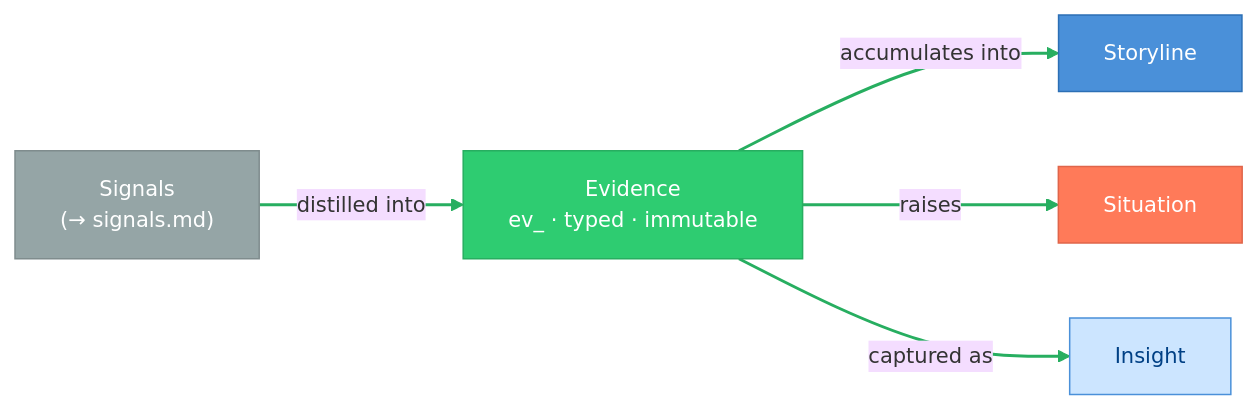
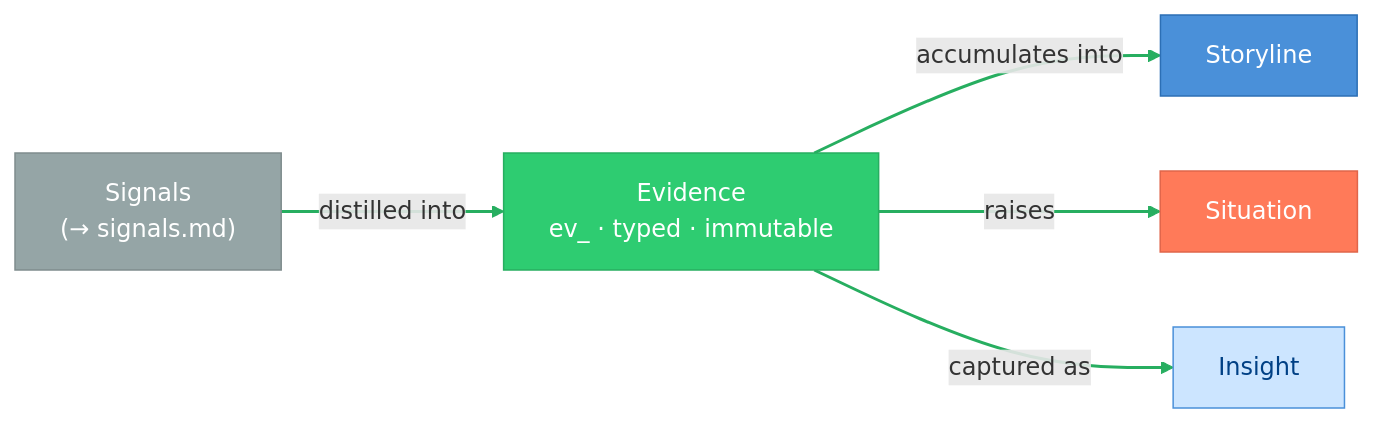
The first of 3 diagrams in specs/evidence.md (alex-oleshkevich/dailydrift), drawn with Mermaid before and after one commit. The commit also changed other lines of this file and 44 other files, not shown here.

````diff
--- a/specs/evidence.md
+++ b/specs/evidence.md
@@ -104,23 +119,22 @@
 ```mermaid
-%%{init: {'theme': 'base', 'themeVariables': {'fontSize': '14px'}}}%%
 flowchart LR
     classDef input fill:#95A5A6,stroke:#7F8C8D,color:#fff
     classDef fact fill:#2ECC71,stroke:#27AE60,color:#fff
     classDef continuity fill:#4A90D9,stroke:#2C6FB5,color:#fff
     classDef condition fill:#FF7A59,stroke:#E0654A,color:#fff
     classDef discovery fill:#CCE5FF,stroke:#4A90D9,color:#004085
 
-    SIG["Signals\n(→ signals.md)"]:::input
-    EV["Evidence\nev_ · typed · immutable"]:::fact
+    SIG["Signals<br/>(→ signals.md)"]:::input
+    EV["Evidence<br/>ev_ · typed · immutable"]:::fact
     STORY["Storyline"]:::continuity
     SIT["Situation"]:::condition
     INS["Insight"]:::discovery
 
     SIG -->|"distilled into"| EV
     EV -->|"accumulates into"| STORY
     EV -->|"raises"| SIT
     EV -->|"captured as"| INS
 
     linkStyle 0 stroke:#27AE60,stroke-width:2px
     linkStyle 1,2,3 stroke:#27AE60,stroke-width:2px
 ```
````
